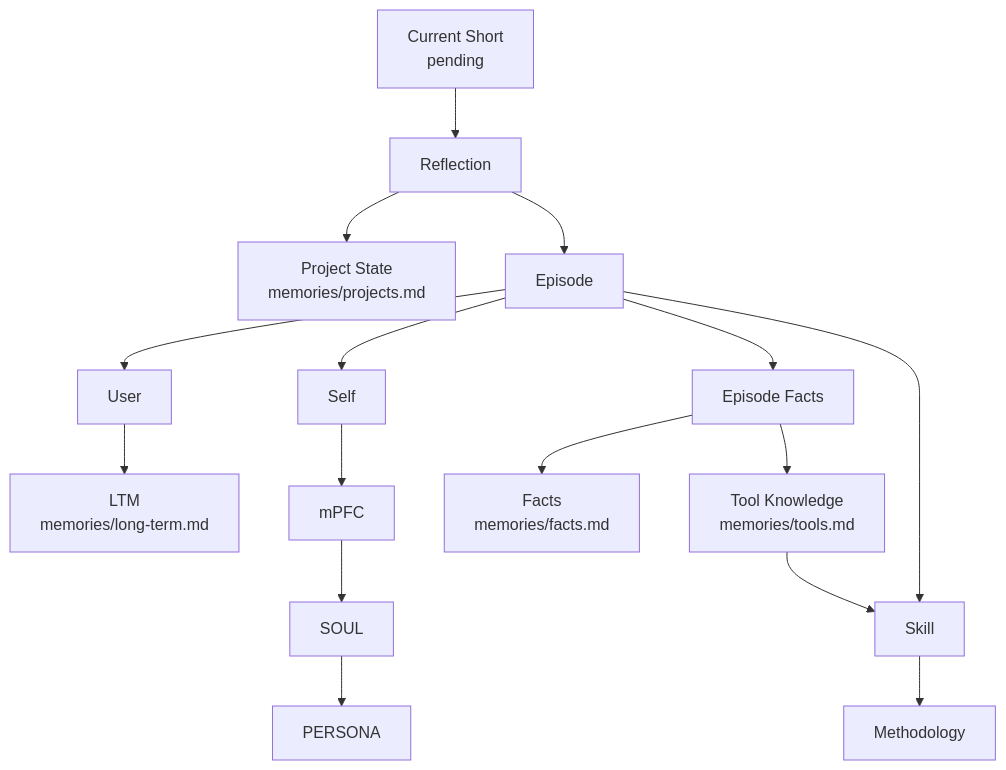
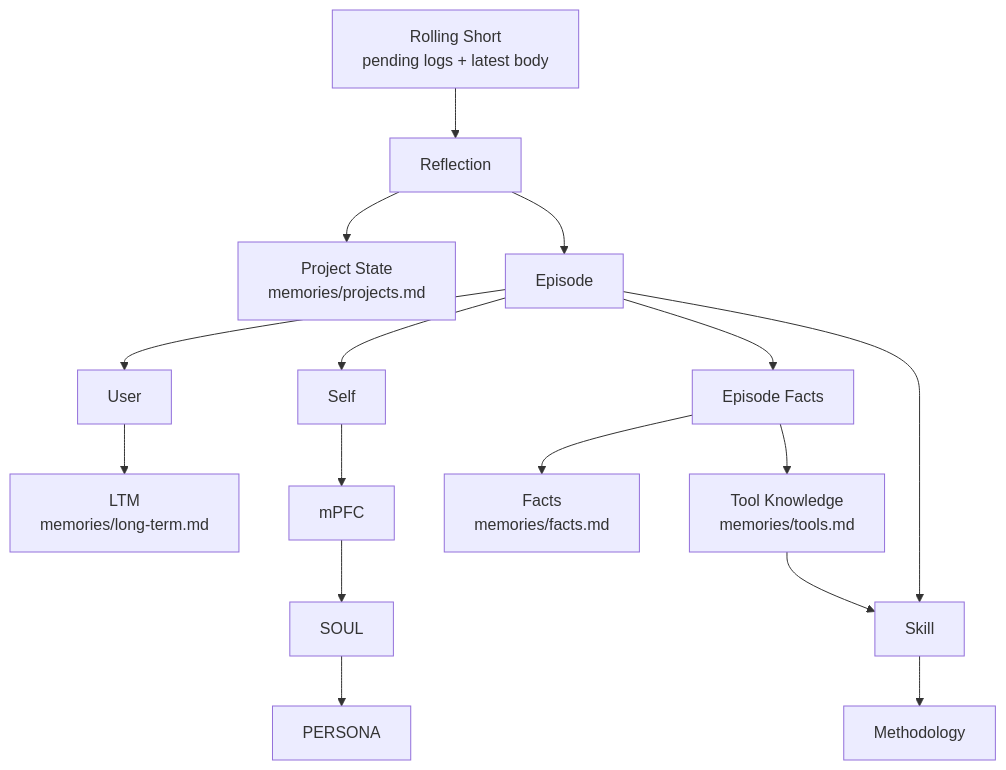
Before and after one commit to Ri0n72Y/agent-identity-cycle: the third of 4 diagrams in docs/data-flow.md, drawn with Mermaid. The commit also changed other lines of this file and 7 other files, not shown here.

First line of the commit message:
feat: adopt rolling short-memory slots

````diff
--- a/docs/data-flow.md
+++ b/docs/data-flow.md
@@ -80,34 +92,34 @@
 ```mermaid
 flowchart TB
-    S[Current Short\npending]
+    S[Rolling Short\npending logs + latest body]
     R[Reflection]
     PS[Project State\nmemories/projects.md]
     E[Episode]
     U[User]
     SE[Self]
     F[Episode Facts]
     L[LTM\nmemories/long-term.md]
     FK[Facts\nmemories/facts.md]
     TK[Tool Knowledge\nmemories/tools.md]
     M[mPFC]
     SO[SOUL]
     PE[PERSONA]
     SK[Skill]
     ME[Methodology]
 
     S --> R
     R --> PS
     R --> E
     E --> U
     E --> SE
     E --> F
     U --> L
     F --> FK
     F --> TK
     SE --> M
     M --> SO
     SO --> PE
     TK --> SK
     E --> SK
     SK --> ME
 ```
````
